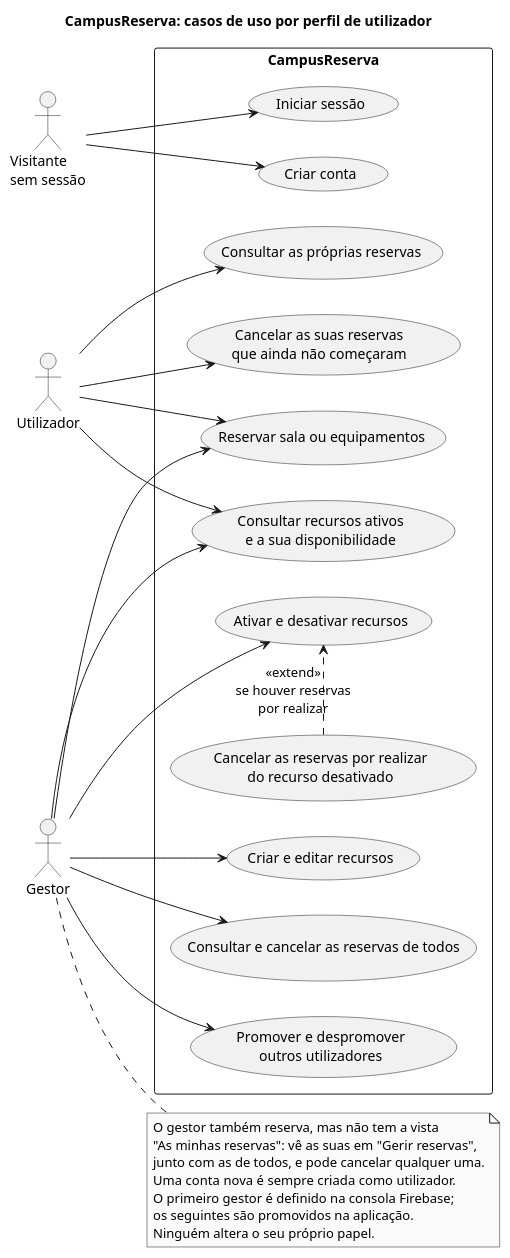
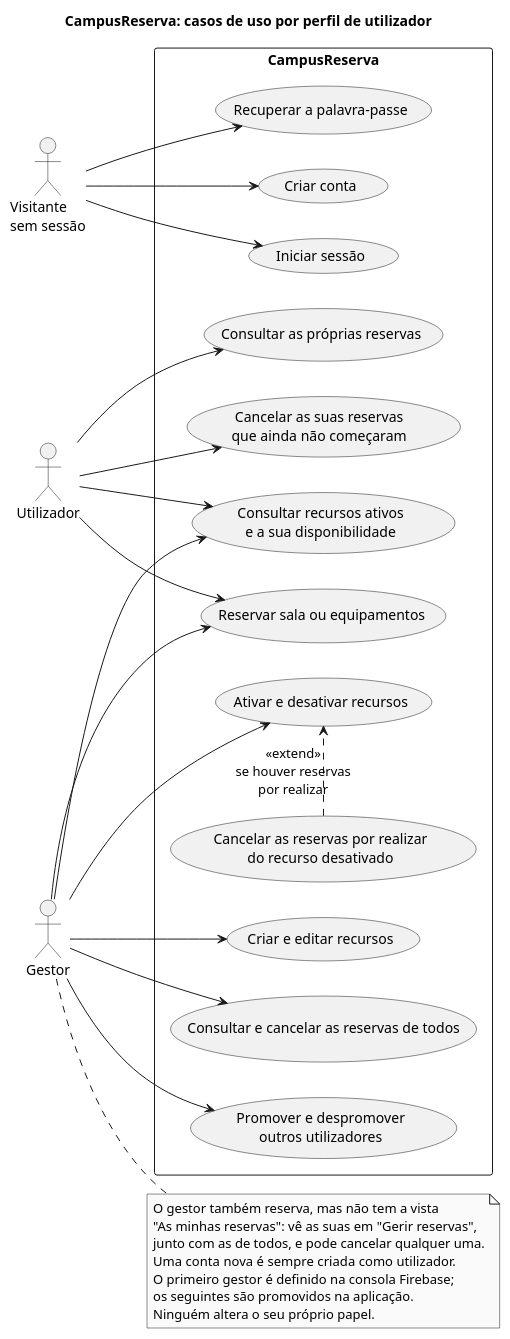
One commit to diogofcpereira/CampusReserva changed the diagram in docs/diagramas/casos-de-uso.puml. Above: the diagram before and after it, drawn with PlantUML. The commit also changed 16 other files, not shown here.

Commit message:
Diagramas update - concordância com o código

```diff
--- a/docs/diagramas/casos-de-uso.puml
+++ b/docs/diagramas/casos-de-uso.puml
@@ -1,54 +1,56 @@
 @startuml casos-de-uso
 
 title CampusReserva: casos de uso por perfil de utilizador
 
 skinparam monochrome true
 skinparam shadowing false
 left to right direction
 
 actor "Visitante\nsem sessão" as V
 actor "Utilizador" as U
 actor "Gestor" as G
 
 rectangle "CampusReserva" {
   usecase "Criar conta" as UC1
   usecase "Iniciar sessão" as UC2
+  usecase "Recuperar a palavra-passe" as UC12
   usecase "Consultar recursos ativos\ne a sua disponibilidade" as UC3
   usecase "Reservar sala ou equipamentos" as UC4
   usecase "Consultar as próprias reservas" as UC5
   usecase "Cancelar as suas reservas\nque ainda não começaram" as UC6
   usecase "Criar e editar recursos" as UC7
   usecase "Ativar e desativar recursos" as UC8
   usecase "Cancelar as reservas por realizar\ndo recurso desativado" as UC11
   usecase "Consultar e cancelar as reservas de todos" as UC9
   usecase "Promover e despromover\noutros utilizadores" as UC10
 }
 
 V --> UC1
 V --> UC2
+V --> UC12
 
 U --> UC3
 U --> UC4
 U --> UC5
 U --> UC6
 
 G --> UC3
 G --> UC4
 G --> UC7
 G --> UC8
 G --> UC9
 G --> UC10
 
 UC11 .> UC8 : <<extend>>\nse houver reservas\npor realizar
 
 note right of G
   O gestor também reserva, mas não tem a vista
   "As minhas reservas": vê as suas em "Gerir reservas",
   junto com as de todos, e pode cancelar qualquer uma.
   Uma conta nova é sempre criada como utilizador.
   O primeiro gestor é definido na consola Firebase;
   os seguintes são promovidos na aplicação.
   Ninguém altera o seu próprio papel.
 end note
 
 @enduml
```
